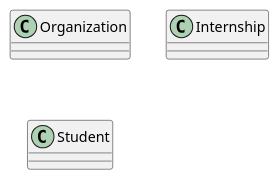
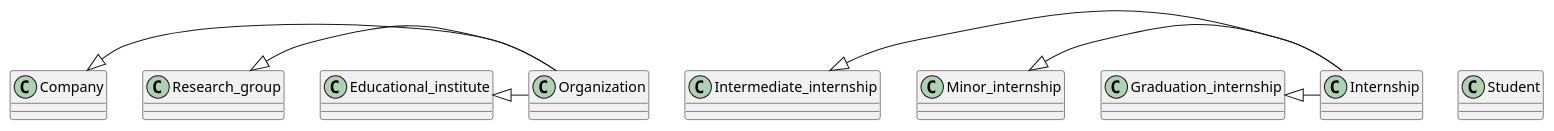
One commit to JoiningwithMattheus/Week1 changed the diagram in Week3/ClassDiagram.puml. Above: the diagram before and after it, drawn with PlantUML.

Commit message:
Update ClassDiagram.puml
added classes that inherit from company and internship

```diff
--- a/Week3/ClassDiagram.puml
+++ b/Week3/ClassDiagram.puml
@@ -1,15 +1,45 @@
 @startuml SIS
 
 class Organization {
 
 }
 
+class Company {
+
+}
+Company <|- Organization
+
+class Research_group{
+
+}
+Research_group <|- Organization
+
+class Educational_institute{
+
+}
+Educational_institute <|- Organization
+
 class Internship {
 
 }
+
+class Intermediate_internship {
+
+}
+Intermediate_internship <|- Internship
+
+class Minor_internship {
+
+}
+Minor_internship <|- Internship
+
+class Graduation_internship {
+
+}
+Graduation_internship <|- Internship
 
 class Student {
 
 }
 
 @enduml
```
